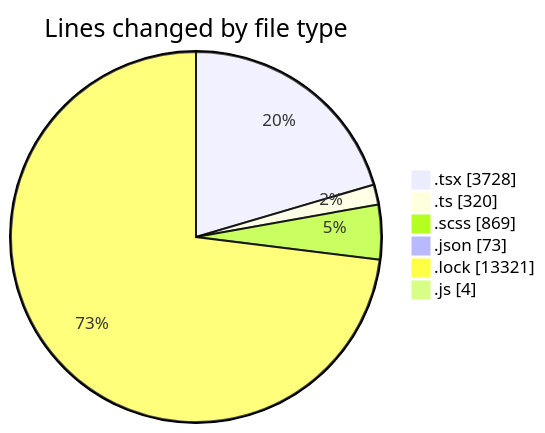
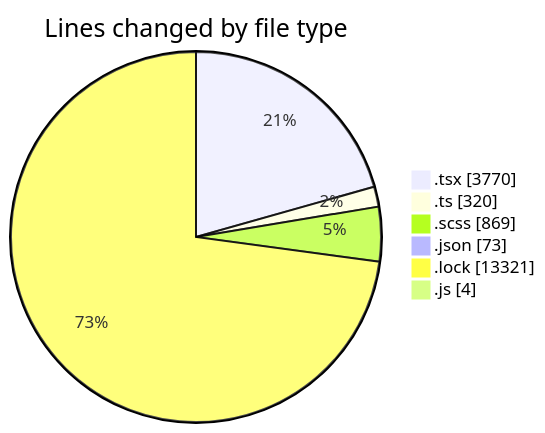
One commit to momahboobian/code-tracking changed the first of 2 diagrams in 2025-02-12/cda/README.md. Above: the diagram before and after it, drawn with Mermaid. The commit also changed other lines of this file and 1 other file, not shown here.

````diff
--- a/2025-02-12/cda/README.md
+++ b/2025-02-12/cda/README.md
@@ -41,10 +41,10 @@
 ```mermaid
 pie showData
 title Lines changed by file type
-".tsx" : 3728
+".tsx" : 3770
 ".ts" : 320
 ".scss" : 869
 ".json" : 73
 ".lock" : 13321
 ".js" : 4
 ```
````
